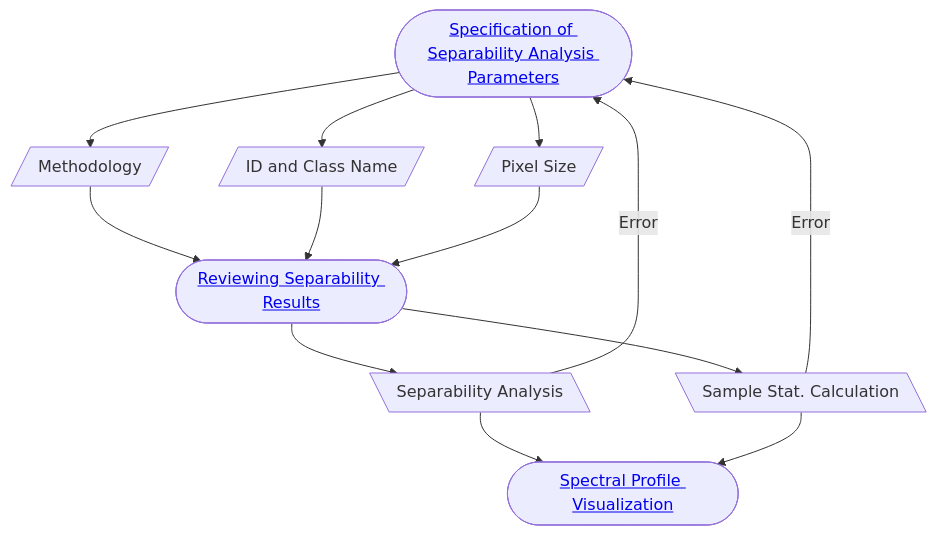
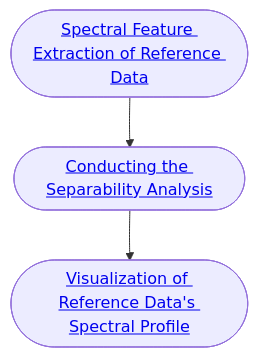
One commit to epistem-io/luma-dr changed the diagram in module04.qmd. Above: the diagram before and after it, drawn with Mermaid. The commit also changed 3 other files, not shown here.

Commit message:
standardize mermaid chart

````diff
--- a/module04.qmd
+++ b/module04.qmd
@@ -28,33 +28,18 @@
 ```{mermaid}
 flowchart TD
 
 %% Main entry
-A([<a href="#sec-specification-of-separability-analysis-parameters">Specification of Separability Analysis Parameters</a>])
-B[/Methodology/]
-C[/ID and Class Name/]
-D[/Pixel Size/]
-E([<a href="#sec-reviewing-separability-results">Reviewing Separability Results</a>])
-F[\Separability Analysis\]
-G[\Sample Stat. Calculation\]
-H([<a href="#sec-spectral-profile-visualization">Spectral Profile Visualization</a>])
+%% =======================
+%% Nodes
+%% =======================
+A([<a href="#sec-spectral-feature-sampling">Spectral Feature Extraction of Reference Data</a>])
+B([<a href="#sec-specification-of-separability-analysis-parameters">Conducting the Separability Analysis</a>])
+C([<a href="#sec-spectral-profile-visualization">Visualization of Reference Data's Spectral Profile</a>])
 
-%% Flow connections
+%% =======================
+%% Connections
+%% =======================
 A --> B
-A --> C
-A --> D
-
-B --> E
-C --> E
-D --> E
-
-E --> F
-E --> G
-
-F --> H
-G --> H
-
-F -->|Error|A
-G -->|Error|A
-
+B --> C
 
 ```
````
